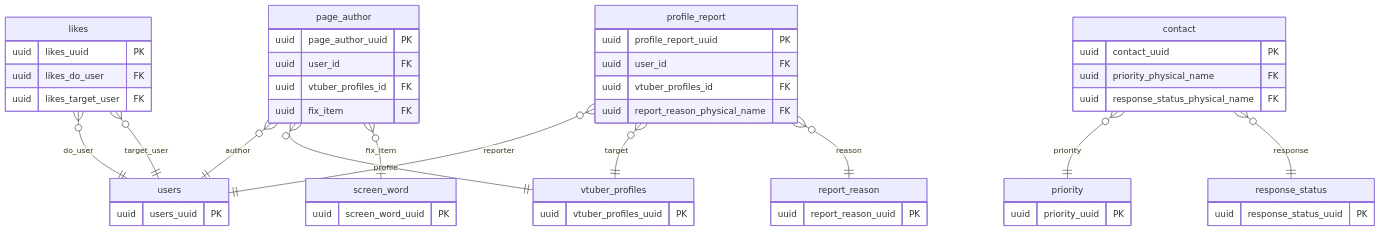
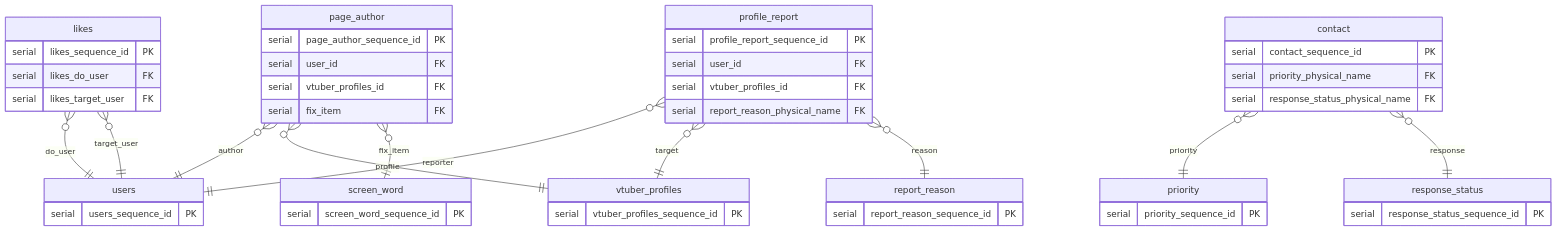
The fifth of 5 diagrams in .design/DB/DB設計_ER図.md (Soranoana/VtuberMeikan), drawn with Mermaid before and after one commit. The commit also changed other lines of this file and 2 other files, not shown here.

````diff
--- a/.design/DB/DB設計_ER図.md
+++ b/.design/DB/DB設計_ER図.md
@@ -191,57 +191,57 @@
 ```mermaid
 erDiagram
     users {
-        uuid users_uuid PK
+        serial users_sequence_id PK
     }
     vtuber_profiles {
-        uuid vtuber_profiles_uuid PK
+        serial vtuber_profiles_sequence_id PK
     }
     page_author {
-        uuid page_author_uuid PK
-        uuid user_id FK
-        uuid vtuber_profiles_id FK
-        uuid fix_item FK
+        serial page_author_sequence_id PK
+        serial user_id FK
+        serial vtuber_profiles_id FK
+        serial fix_item FK
     }
     screen_word {
-        uuid screen_word_uuid PK
+        serial screen_word_sequence_id PK
     }
     contact {
-        uuid contact_uuid PK
-        uuid priority_physical_name FK
-        uuid response_status_physical_name FK
+        serial contact_sequence_id PK
+        serial priority_physical_name FK
+        serial response_status_physical_name FK
     }
     priority {
-        uuid priority_uuid PK
+        serial priority_sequence_id PK
     }
     response_status {
-        uuid response_status_uuid PK
+        serial response_status_sequence_id PK
     }
     profile_report {
-        uuid profile_report_uuid PK
-        uuid user_id FK
-        uuid vtuber_profiles_id FK
-        uuid report_reason_physical_name FK
+        serial profile_report_sequence_id PK
+        serial user_id FK
+        serial vtuber_profiles_id FK
+        serial report_reason_physical_name FK
     }
     report_reason {
-        uuid report_reason_uuid PK
+        serial report_reason_sequence_id PK
     }
     likes {
-        uuid likes_uuid PK
-        uuid likes_do_user FK
-        uuid likes_target_user FK
+        serial likes_sequence_id PK
+        serial likes_do_user FK
+        serial likes_target_user FK
     }
 
     page_author }o--|| users : author
     page_author }o--|| vtuber_profiles : profile
     page_author }o--|| screen_word : fix_item
 
     contact }o--|| priority : priority
     contact }o--|| response_status : response
 
     profile_report }o--|| users : reporter
     profile_report }o--|| vtuber_profiles : target
     profile_report }o--|| report_reason : reason
 
     likes }o--|| users : do_user
     likes }o--|| users : target_user
 ```
````
